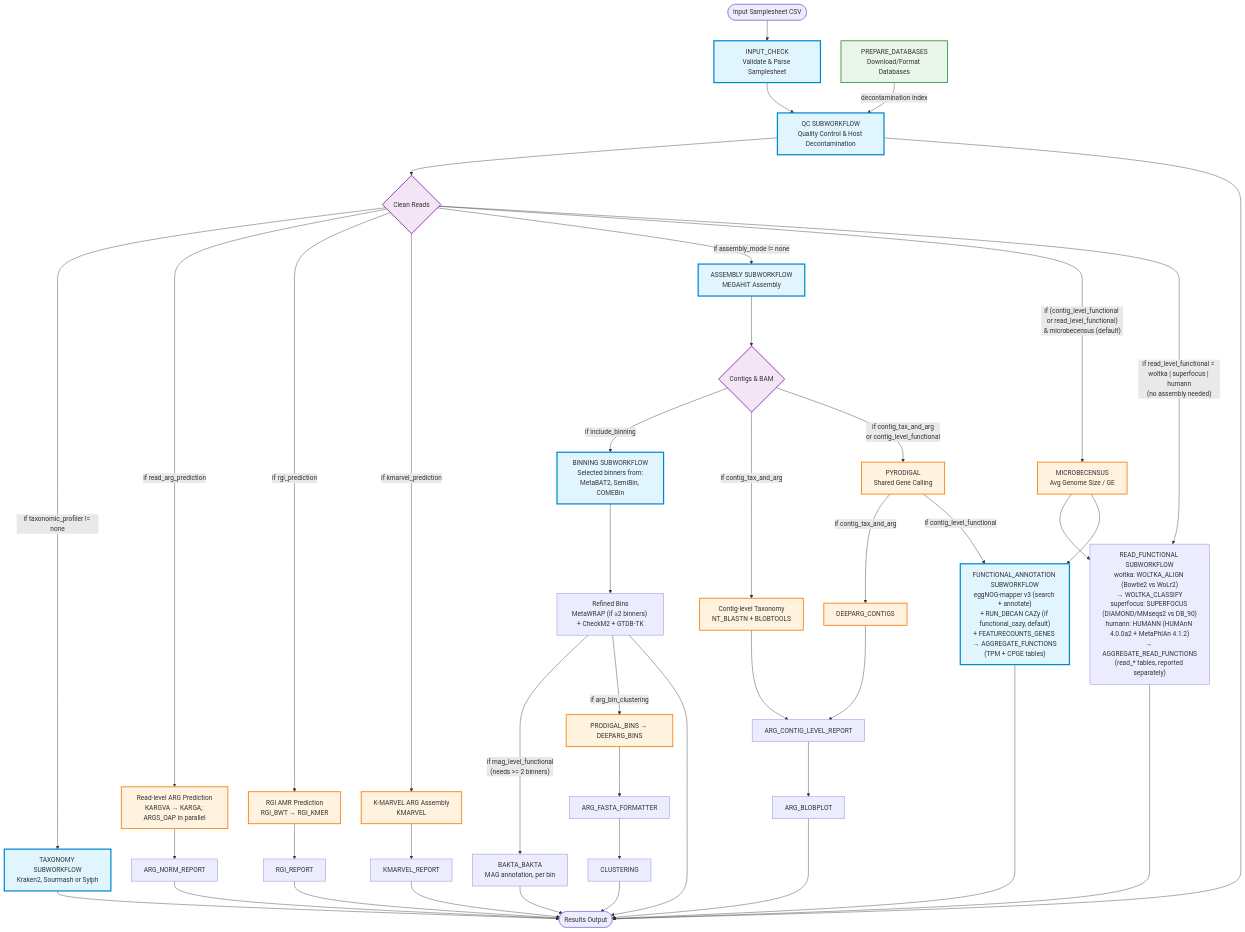
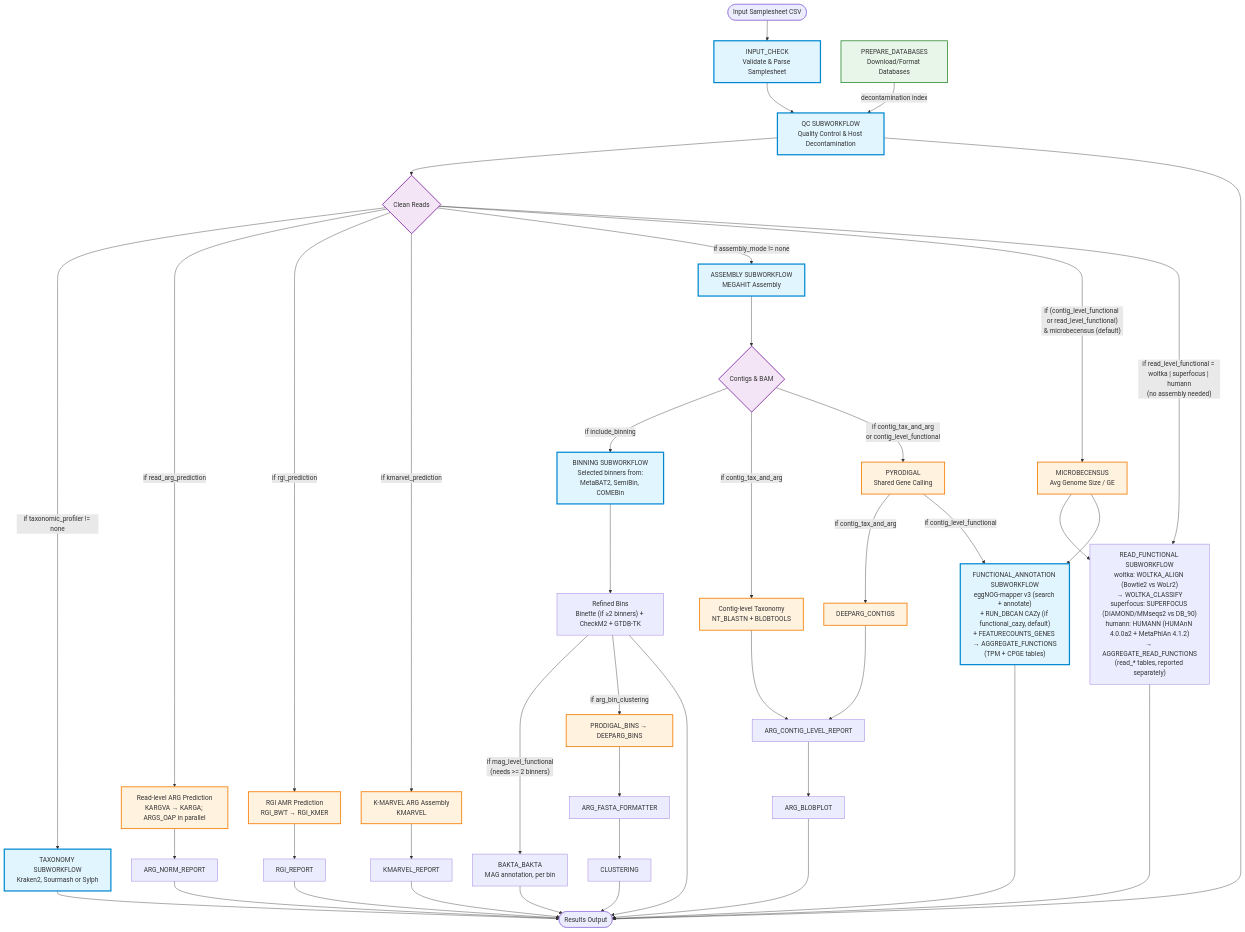
The first of 8 diagrams in docs/WORKFLOW_DIAGRAM.md (gene2dis/BugBuster), drawn with Mermaid before and after one commit. The commit also changed other lines of this file and 37 other files, not shown here.

First line of the commit message:
feat(binning)!: refine bins with Binette instead of MetaWRAP

````diff
--- a/docs/WORKFLOW_DIAGRAM.md
+++ b/docs/WORKFLOW_DIAGRAM.md
@@ -10,79 +10,79 @@
 ```mermaid
 flowchart TD
     Start([Input Samplesheet CSV]) --> InputCheck[INPUT_CHECK<br/>Validate & Parse Samplesheet]
     
     PrepDB[PREPARE_DATABASES<br/>Download/Format Databases] -->|decontamination index| QC
     InputCheck --> QC
     
     %% Quality Control Branch
     QC[QC SUBWORKFLOW<br/>Quality Control & Host Decontamination] --> CleanReads{Clean Reads}
     
     %% Taxonomy Branch
     CleanReads -->|if taxonomic_profiler != none| Taxonomy[TAXONOMY SUBWORKFLOW<br/>Kraken2, Sourmash or Sylph]
     
     %% Read-level ARG Branch
     CleanReads -->|if read_arg_prediction| ReadARG[Read-level ARG Prediction<br/>KARGVA → KARGA; ARGS_OAP in parallel]
     ReadARG --> ARGNorm[ARG_NORM_REPORT]
 
     %% RGI Branch
     CleanReads -->|if rgi_prediction| RGI[RGI AMR Prediction<br/>RGI_BWT → RGI_KMER]
     RGI --> RGIReport[RGI_REPORT]
 
     %% K-MARVEL Branch
     CleanReads -->|if kmarvel_prediction| KMARVEL[K-MARVEL ARG Assembly<br/>KMARVEL]
     KMARVEL --> KMARVELReport[KMARVEL_REPORT]
     
     %% Assembly Branch
     CleanReads -->|if assembly_mode != none| Assembly[ASSEMBLY SUBWORKFLOW<br/>MEGAHIT Assembly]
     
     Assembly --> Contigs{Contigs & BAM}
     
     %% Binning Branch
     Contigs -->|if include_binning| Binning[BINNING SUBWORKFLOW<br/>Selected binners from:<br/>MetaBAT2, SemiBin, COMEBin]
-    Binning --> RefinedBins["Refined Bins<br/>MetaWRAP (if ≥2 binners) + CheckM2 + GTDB-TK"]
+    Binning --> RefinedBins["Refined Bins<br/>Binette (if ≥2 binners) + CheckM2 + GTDB-TK"]
     
     %% Contig-level Analysis Branch
     Contigs -->|if contig_tax_and_arg| ContigTax[Contig-level Taxonomy<br/>NT_BLASTN + BLOBTOOLS]
     Contigs -->|"if contig_tax_and_arg<br/>or contig_level_functional"| Pyrodigal[PYRODIGAL<br/>Shared Gene Calling]
     Pyrodigal -->|if contig_tax_and_arg| ContigARG[DEEPARG_CONTIGS]
     ContigTax --> ARGContigReport
     ContigARG --> ARGContigReport[ARG_CONTIG_LEVEL_REPORT]
     ARGContigReport --> ARGBlobplot[ARG_BLOBPLOT]
 
     %% Functional Annotation Branch
     CleanReads -->|"if (contig_level_functional or read_level_functional)<br/>& microbecensus (default)"| MicrobeCensus[MICROBECENSUS<br/>Avg Genome Size / GE]
     CleanReads -->|"if read_level_functional = woltka | superfocus | humann<br/>(no assembly needed)"| ReadFunctional["READ_FUNCTIONAL SUBWORKFLOW<br/>woltka: WOLTKA_ALIGN (Bowtie2 vs WoLr2)<br/>→ WOLTKA_CLASSIFY<br/>superfocus: SUPERFOCUS (DIAMOND/MMseqs2 vs DB_90)<br/>humann: HUMANN (HUMAnN 4.0.0a2 + MetaPhlAn 4.1.2)<br/>→ AGGREGATE_READ_FUNCTIONS<br/>(read_* tables, reported separately)"]
     MicrobeCensus --> ReadFunctional
     Pyrodigal -->|if contig_level_functional| Functional["FUNCTIONAL_ANNOTATION SUBWORKFLOW<br/>eggNOG-mapper v3 (search + annotate)<br/>+ RUN_DBCAN CAZy (if functional_cazy, default)<br/>+ FEATURECOUNTS_GENES → AGGREGATE_FUNCTIONS<br/>(TPM + CPGE tables)"]
     MicrobeCensus --> Functional
     RefinedBins -->|"if mag_level_functional<br/>(needs >= 2 binners)"| Bakta[BAKTA_BAKTA<br/>MAG annotation, per bin]
 
     %% Bin ARG Clustering Branch
     RefinedBins -->|if arg_bin_clustering| BinARG[PRODIGAL_BINS → DEEPARG_BINS]
     BinARG --> ARGFormat[ARG_FASTA_FORMATTER]
     ARGFormat --> Clustering[CLUSTERING]
     
     %% End
     QC --> End([Results Output])
     Taxonomy --> End
     ARGNorm --> End
     RGIReport --> End
     KMARVELReport --> End
     ARGBlobplot --> End
     Clustering --> End
     Functional --> End
     ReadFunctional --> End
     Bakta --> End
     RefinedBins --> End
 
     %% Styling
     classDef subworkflow fill:#e1f5ff,stroke:#0288d1,stroke-width:3px
     classDef module fill:#fff3e0,stroke:#f57c00,stroke-width:2px
     classDef decision fill:#f3e5f5,stroke:#7b1fa2,stroke-width:2px
     classDef database fill:#e8f5e9,stroke:#388e3c,stroke-width:2px
     
     class InputCheck,QC,Taxonomy,Assembly,Binning,Functional subworkflow
     class ReadARG,RGI,KMARVEL,ContigTax,ContigARG,BinARG,Pyrodigal,MicrobeCensus module
     class CleanReads,Contigs decision
     class PrepDB database
 ```
````
